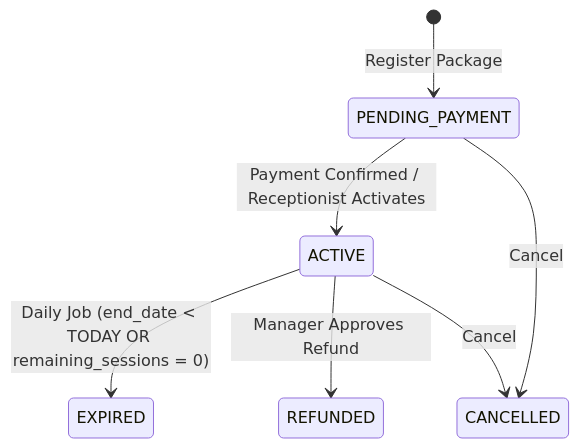
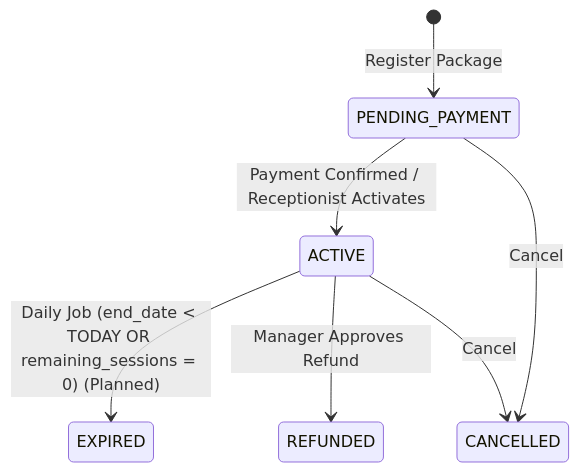
One commit to senko-do-thingz/G3-SportCentreManagement changed the first of 10 diagrams in docs/database/09-business-rules-and-state-machines.md. Above: the diagram before and after it, drawn with Mermaid. The commit also changed other lines of this file and 1 other file, not shown here.

````diff
--- a/docs/database/09-business-rules-and-state-machines.md
+++ b/docs/database/09-business-rules-and-state-machines.md
@@ -9,9 +9,9 @@
 ```mermaid
 stateDiagram-v2
     [*] --> PENDING_PAYMENT : Register Package
     PENDING_PAYMENT --> ACTIVE : Payment Confirmed / Receptionist Activates
     PENDING_PAYMENT --> CANCELLED : Cancel
-    ACTIVE --> EXPIRED : Daily Job (end_date < TODAY OR remaining_sessions = 0)
+    ACTIVE --> EXPIRED : Daily Job (end_date < TODAY OR remaining_sessions = 0) (Planned)
     ACTIVE --> REFUNDED : Manager Approves Refund
     ACTIVE --> CANCELLED : Cancel
 ```
````
